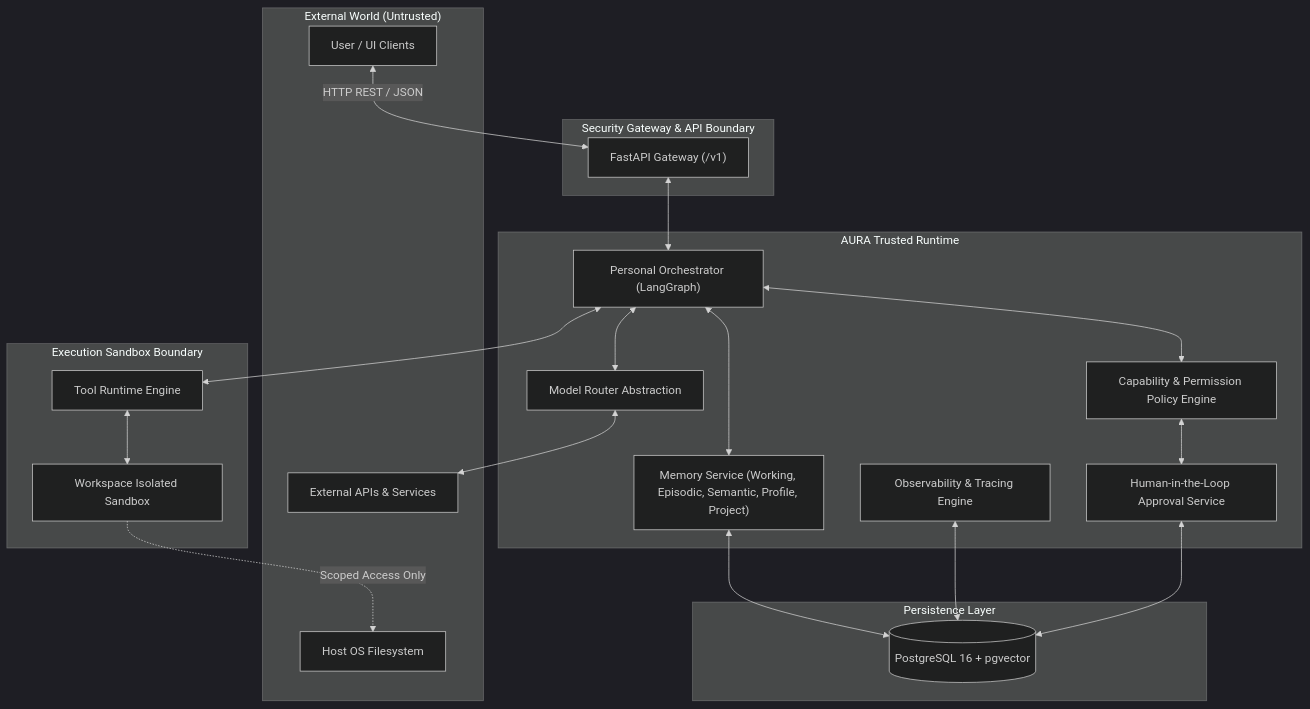
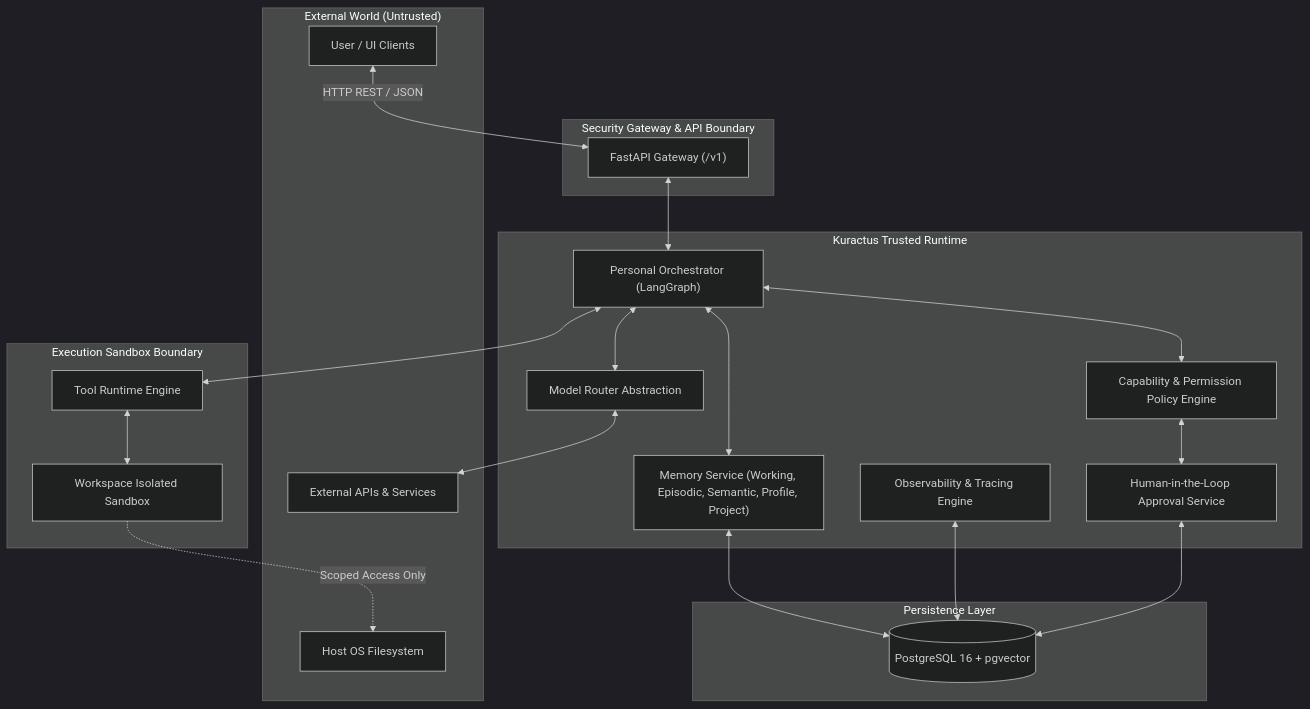
Before and after one commit to nhatminh-115/Personal: the first of 2 diagrams in docs/architecture/system.md, drawn with Mermaid (dark theme). The commit also changed other lines of this file and 56 other files, not shown here.

````diff
--- a/docs/architecture/system.md
+++ b/docs/architecture/system.md
@@ -19,44 +19,44 @@
 ```mermaid
 flowchart TB
     subgraph External["External World (Untrusted)"]
         User["User / UI Clients"]
         ExtAPI["External APIs & Services"]
         HostOS["Host OS Filesystem"]
     end
 
     subgraph BoundaryGateway["Security Gateway & API Boundary"]
         APIGateway["FastAPI Gateway (/v1)"]
     end
 
-    subgraph CoreRuntime["AURA Trusted Runtime"]
+    subgraph CoreRuntime["Kuractus Trusted Runtime"]
         Orchestrator["Personal Orchestrator (LangGraph)"]
         MemorySubsystem["Memory Service (Working, Episodic, Semantic, Profile, Project)"]
         ModelRouter["Model Router Abstraction"]
         CapabilityEngine["Capability & Permission Policy Engine"]
         ApprovalLayer["Human-in-the-Loop Approval Service"]
         TraceEngine["Observability & Tracing Engine"]
     end
 
     subgraph SandboxBoundary["Execution Sandbox Boundary"]
         ToolRuntime["Tool Runtime Engine"]
         WorkspaceSandbox["Workspace Isolated Sandbox"]
     end
 
     subgraph StorageBoundary["Persistence Layer"]
         PostgresDB[("PostgreSQL 16 + pgvector")]
     end
 
     User <-->|HTTP REST / JSON| APIGateway
     APIGateway <--> Orchestrator
     Orchestrator <--> MemorySubsystem
     Orchestrator <--> ModelRouter
     Orchestrator <--> CapabilityEngine
     CapabilityEngine <--> ApprovalLayer
     Orchestrator <--> ToolRuntime
     ToolRuntime <--> WorkspaceSandbox
     WorkspaceSandbox -.->|Scoped Access Only| HostOS
     MemorySubsystem <--> PostgresDB
     TraceEngine <--> PostgresDB
     ApprovalLayer <--> PostgresDB
     ModelRouter <--> ExtAPI
 ```
````
